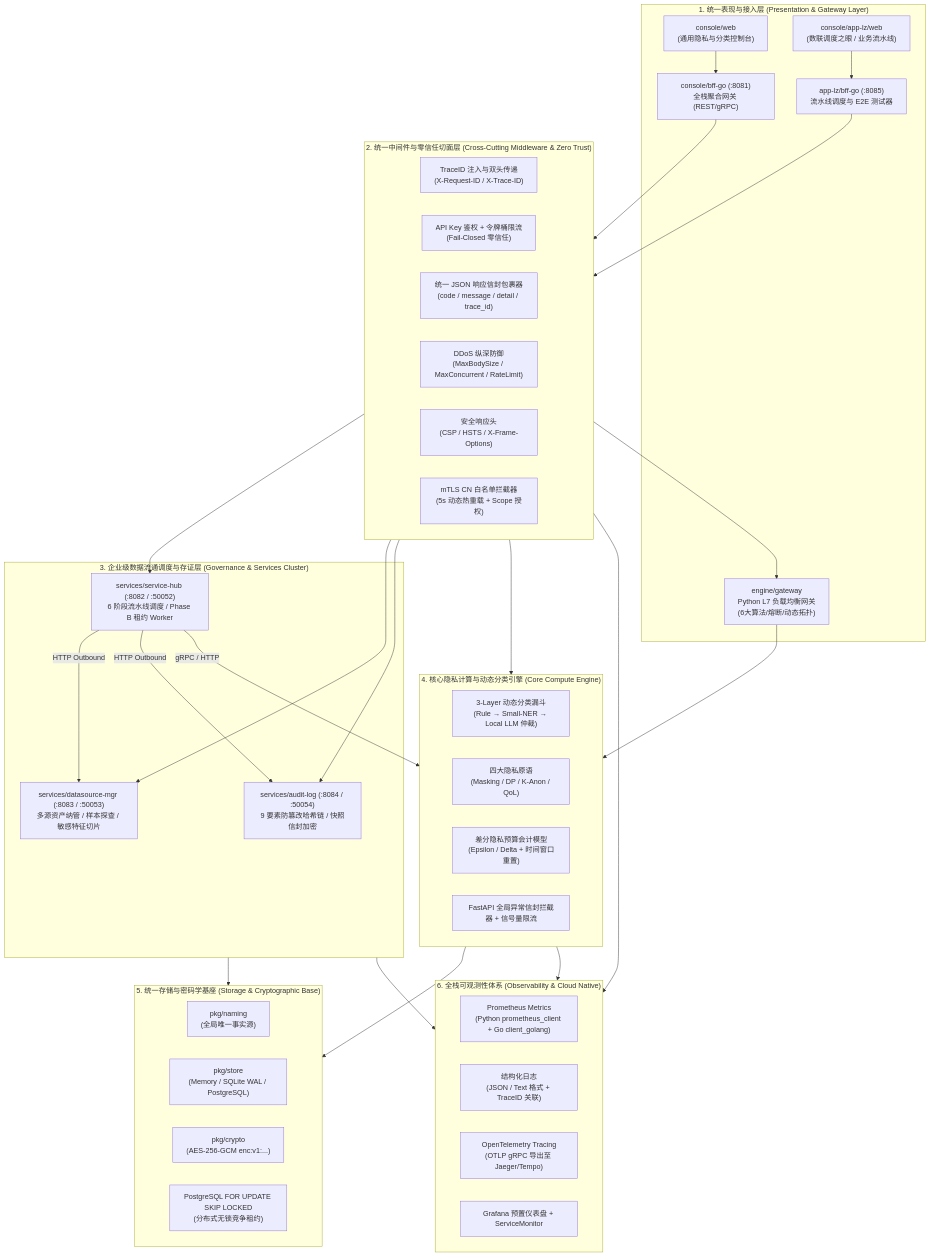
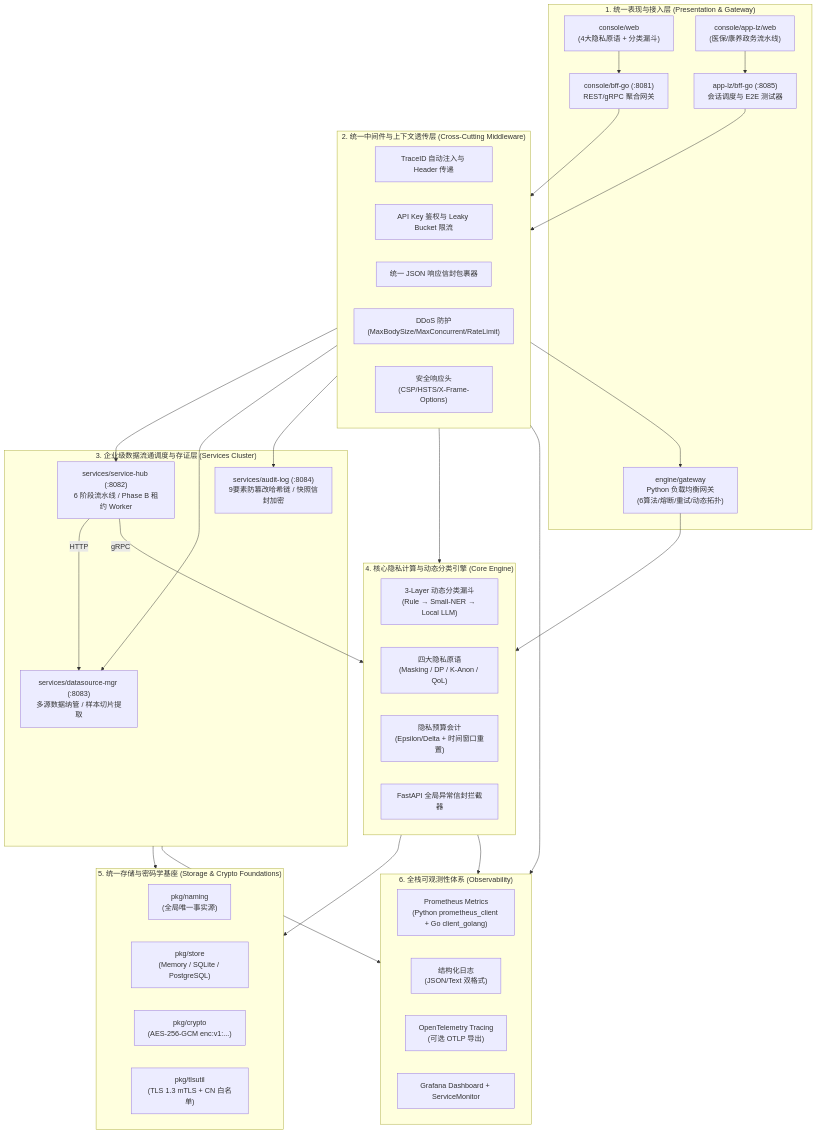
Before and after one commit to fengzhizi319/PrivShield: the diagram in docs/archive/unified_design.md, drawn with Mermaid. The commit also changed other lines of this file, not shown here.

First line of the commit message:
docs(unified_design): v15.0.0 target blueprint + Phase 1 status + Phase 2 plan

````diff
--- a/docs/archive/unified_design.md
+++ b/docs/archive/unified_design.md
@@ -32,61 +61,59 @@
 ```mermaid
 flowchart TD
-    subgraph LayerPresentation ["1. 统一表现与接入层 (Presentation & Gateway Layer)"]
-        WebFull["console/web<br/>(通用隐私与分类控制台)"]
-        WebAppLZ["console/app-lz/web<br/>(数联调度之眼 / 业务流水线)"]
-        BFFGo["console/bff-go (:8081)<br/>全栈聚合网关 (REST/gRPC)"]
-        BFFLZ["app-lz/bff-go (:8085)<br/>流水线调度与 E2E 测试器"]
-        PyGW["engine/gateway<br/>Python L7 负载均衡网关<br/>(6大算法/熔断/动态拓扑)"]
+    subgraph LayerPresentation ["1. 统一表现与接入层 (Presentation & Gateway)"]
+        WebFull["console/web<br/>(4大隐私原语 + 分类漏斗)"]
+        WebAppLZ["console/app-lz/web<br/>(医保/康养政务流水线)"]
+        BFFGo["console/bff-go (:8081)<br/>REST/gRPC 聚合网关"]
+        BFFLZ["app-lz/bff-go (:8085)<br/>会话调度与 E2E 测试器"]
+        PyGW["engine/gateway<br/>Python 负载均衡网关<br/>(6算法/熔断/重试/动态拓扑)"]
     end
 
-    subgraph LayerMiddleware ["2. 统一中间件与零信任切面层 (Cross-Cutting Middleware & Zero Trust)"]
-        TraceMW["TraceID 注入与双头传递<br/>(X-Request-ID / X-Trace-ID)"]
-        AuthMW["API Key 鉴权 + 令牌桶限流<br/>(Fail-Closed 零信任)"]
-        EnvelopeMW["统一 JSON 响应信封包裹器<br/>(code / message / detail / trace_id)"]
-        DDoSMW["DDoS 纵深防御<br/>(MaxBodySize / MaxConcurrent / RateLimit)"]
-        SecHeaders["安全响应头<br/>(CSP / HSTS / X-Frame-Options)"]
-        mTLSFilter["mTLS CN 白名单拦截器<br/>(5s 动态热重载 + Scope 授权)"]
+    subgraph LayerMiddleware ["2. 统一中间件与上下文透传层 (Cross-Cutting Middleware)"]
+        TraceMW["TraceID 自动注入与 Header 传递"]
+        AuthMW["API Key 鉴权与 Leaky Bucket 限流"]
+        EnvelopeMW["统一 JSON 响应信封包裹器"]
+        DDoSMW["DDoS 防护<br/>(MaxBodySize/MaxConcurrent/RateLimit)"]
+        SecHeaders["安全响应头<br/>(CSP/HSTS/X-Frame-Options)"]
     end
 
-    subgraph LayerGovernance ["3. 企业级数据流通调度与存证层 (Governance & Services Cluster)"]
-        Hub["services/service-hub (:8082 / :50052)<br/>6 阶段流水线调度 / Phase B 租约 Worker"]
-        DSMgr["services/datasource-mgr (:8083 / :50053)<br/>多源资产纳管 / 样本探查 / 敏感特征切片"]
-        Audit["services/audit-log (:8084 / :50054)<br/>9 要素防篡改哈希链 / 快照信封加密"]
+    subgraph LayerGovernance ["3. 企业级数据流通调度与存证层 (Services Cluster)"]
+        Hub["services/service-hub (:8082)<br/>6 阶段流水线 / Phase B 租约 Worker"]
+        DSMgr["services/datasource-mgr (:8083)<br/>多源数据纳管 / 样本切片提取"]
+        Audit["services/audit-log (:8084)<br/>9要素防篡改哈希链 / 快照信封加密"]
     end
 
-    subgraph LayerCoreCompute ["4. 核心隐私计算与动态分类引擎 (Core Compute Engine)"]
-        Funnel["3-Layer 动态分类漏斗<br/>(Rule → Small-NER → Local LLM 仲裁)"]
+    subgraph LayerCoreCompute ["4. 核心隐私计算与动态分类引擎 (Core Engine)"]
+        Funnel["3-Layer 动态分类漏斗<br/>(Rule → Small-NER → Local LLM)"]
         Primitives["四大隐私原语<br/>(Masking / DP / K-Anon / QoL)"]
-        Budget["差分隐私预算会计模型<br/>(Epsilon / Delta + 时间窗口重置)"]
-        EngineMW["FastAPI 全局异常信封拦截器 + 信号量限流"]
+        Budget["隐私预算会计<br/>(Epsilon/Delta + 时间窗口重置)"]
+        EngineMW["FastAPI 全局异常信封拦截器"]
     end
 
-    subgraph LayerStorageSecurity ["5. 统一存储与密码学基座 (Storage & Cryptographic Base)"]
+    subgraph LayerStorageSecurity ["5. 统一存储与密码学基座 (Storage & Crypto Foundations)"]
         SSOT["pkg/naming<br/>(全局唯一事实源)"]
-        StoreFacade["pkg/store<br/>(Memory / SQLite WAL / PostgreSQL)"]
+        StoreFacade["pkg/store<br/>(Memory / SQLite / PostgreSQL)"]
         EnvelopeCrypto["pkg/crypto<br/>(AES-256-GCM enc:v1:...)"]
-        LeaseEngine["PostgreSQL FOR UPDATE SKIP LOCKED<br/>(分布式无锁竞争租约)"]
+        mTLSAuth["pkg/tlsutil<br/>(TLS 1.3 mTLS + CN 白名单)"]
     end
 
-    subgraph LayerObservability ["6. 全栈可观测性体系 (Observability & Cloud Native)"]
+    subgraph LayerObservability ["6. 全栈可观测性体系 (Observability)"]
         Metrics["Prometheus Metrics<br/>(Python prometheus_client + Go client_golang)"]
-        StructLog["结构化日志<br/>(JSON / Text 格式 + TraceID 关联)"]
-        Tracing["OpenTelemetry Tracing<br/>(OTLP gRPC 导出至 Jaeger/Tempo)"]
-        Grafana["Grafana 预置仪表盘 + ServiceMonitor"]
+        StructLog["结构化日志<br/>(JSON/Text 双格式)"]
+        Tracing["OpenTelemetry Tracing<br/>(可选 OTLP 导出)"]
+        Grafana["Grafana Dashboard + ServiceMonitor"]
     end
 
     WebFull --> BFFGo
     WebAppLZ --> BFFLZ
     BFFGo & BFFLZ --> LayerMiddleware
     LayerMiddleware --> Hub & DSMgr & Audit & LayerCoreCompute
     LayerMiddleware --> PyGW
     PyGW --> LayerCoreCompute
-    Hub -->|HTTP Outbound| DSMgr
-    Hub -->|gRPC / HTTP| LayerCoreCompute
-    Hub -->|HTTP Outbound| Audit
+    Hub -->|HTTP| DSMgr
+    Hub -->|gRPC| LayerCoreCompute
     LayerGovernance --> LayerStorageSecurity
     LayerCoreCompute --> LayerStorageSecurity
     LayerCoreCompute --> LayerObservability
     LayerGovernance --> LayerObservability
     LayerMiddleware --> LayerObservability
 ```
````
